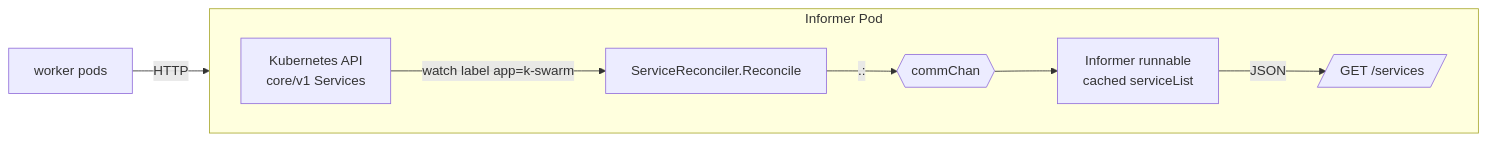
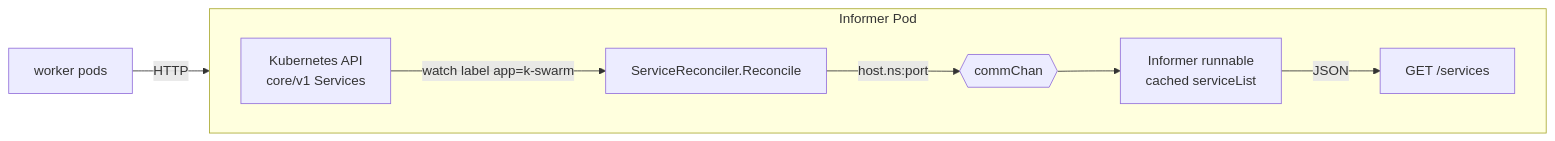
One commit to h0tbird/k-swarm changed the fourth of 6 diagrams in docs/architecture.md. Above: the diagram before and after it, drawn with Mermaid. The commit also changed other lines of this file, not shown here.

Commit message:
Fix diagrams

````diff
--- a/docs/architecture.md
+++ b/docs/architecture.md
@@ -172,11 +172,11 @@
 ```mermaid
 flowchart LR
-    subgraph Informer Pod
+    subgraph InformerPod["Informer Pod"]
         direction LR
-        K[Kubernetes API<br/>core/v1 Services] -->|watch label app=k-swarm| R[ServiceReconciler.Reconcile]
-        R -->|"<host>.<ns>:<port>"| C{{commChan}}
-        C --> G[Informer runnable<br/>cached serviceList]
-        G -->|JSON| H[/GET /services/]
+        K["Kubernetes API<br/>core/v1 Services"] -->|"watch label app=k-swarm"| R["ServiceReconciler.Reconcile"]
+        R -->|"host.ns:port"| C{{"commChan"}}
+        C --> G["Informer runnable<br/>cached serviceList"]
+        G -->|"JSON"| H["GET /services"]
     end
-    Worker[worker pods] -->|HTTP| H
+    Worker["worker pods"] -->|"HTTP"| H
 ```
````
